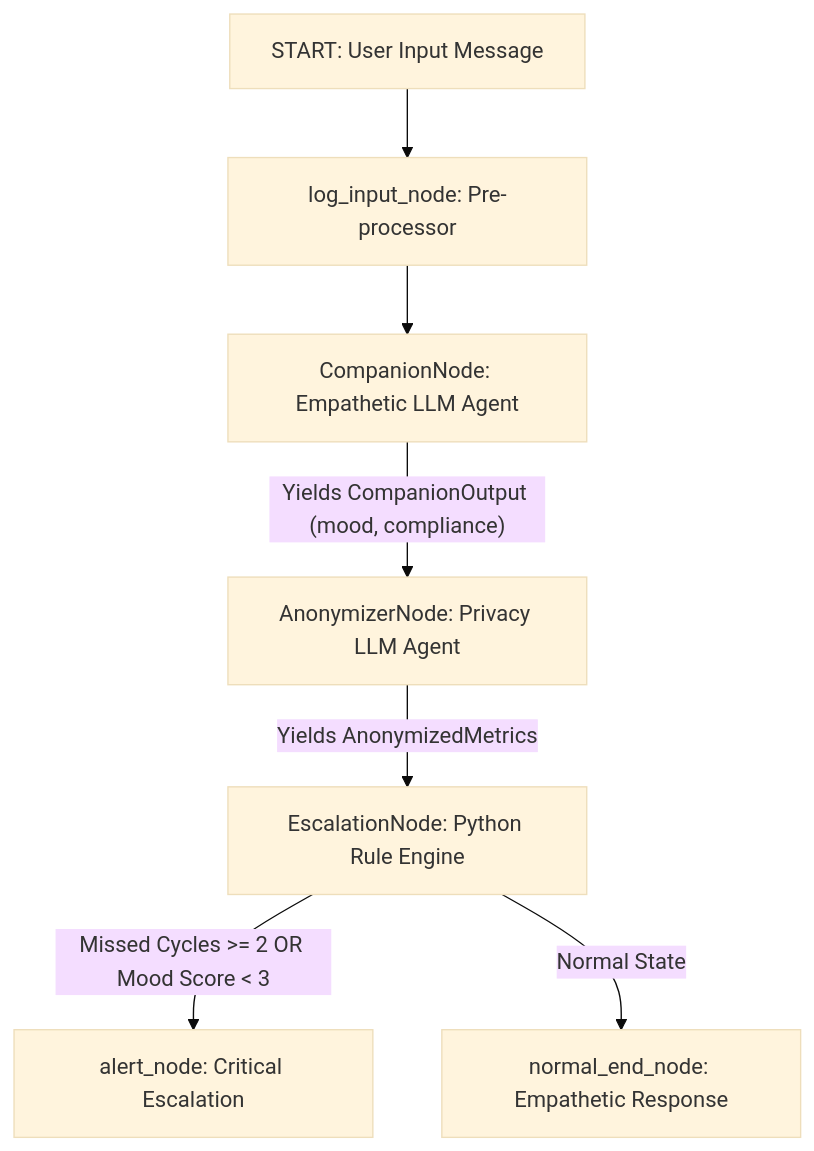
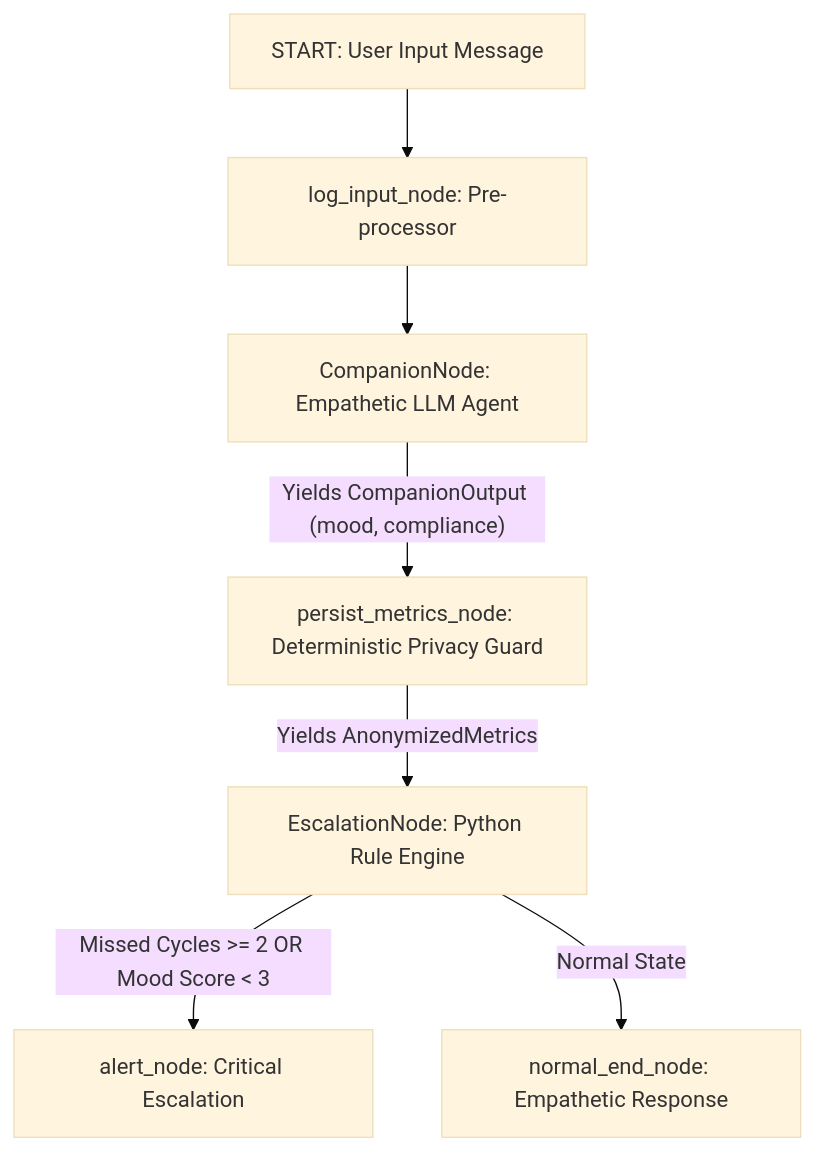
Before and after one commit to agopalareddy/wellness-companion: the diagram in README.md, drawn with Mermaid (base theme). The commit also changed other lines of this file and 8 other files, not shown here.

````diff
--- a/README.md
+++ b/README.md
@@ -11,10 +11,10 @@
 ```mermaid
 graph TD
     START[START: User Input Message] --> log_input_node[log_input_node: Pre-processor]
     log_input_node --> CompanionNode[CompanionNode: Empathetic LLM Agent]
-    CompanionNode -- "Yields CompanionOutput (mood, compliance)" --> AnonymizerNode[AnonymizerNode: Privacy LLM Agent]
-    AnonymizerNode -- "Yields AnonymizedMetrics" --> EscalationNode[EscalationNode: Python Rule Engine]
+    CompanionNode -- "Yields CompanionOutput (mood, compliance)" --> persist_metrics_node[persist_metrics_node: Deterministic Privacy Guard]
+    persist_metrics_node -- "Yields AnonymizedMetrics" --> EscalationNode[EscalationNode: Python Rule Engine]
     
     EscalationNode -- "Missed Cycles >= 2 OR Mood Score < 3" --> alert_node[alert_node: Critical Escalation]
     EscalationNode -- "Normal State" --> normal_end_node[normal_end_node: Empathetic Response]
 ```
````
